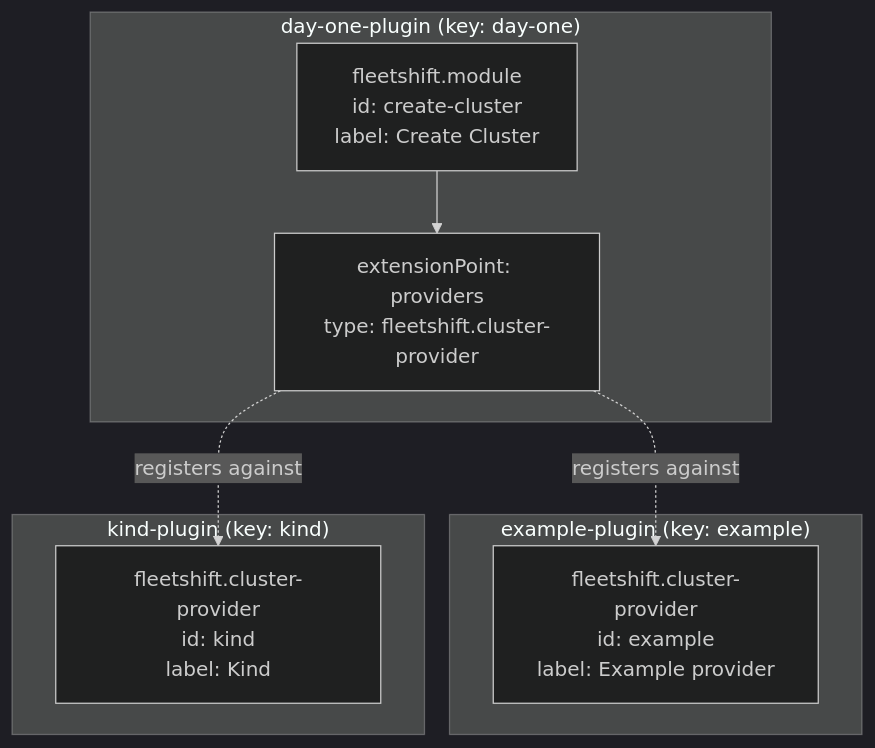
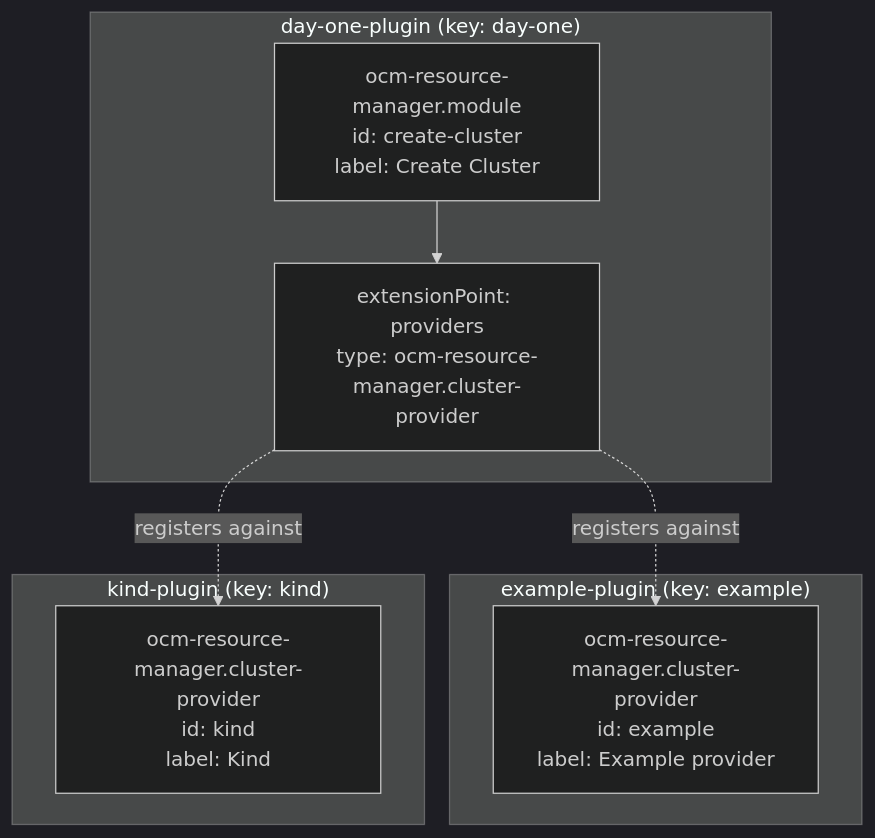
The first of 3 diagrams in docs/ui/feature-contracts.md (fleetshift/fleetshift-poc), drawn with Mermaid (dark theme) before and after one commit. The commit also changed other lines of this file and 1079 other files, not shown here.

Commit message:
Rename experimental OCM resource manager source and runtime identities

````diff
--- a/docs/ui/feature-contracts.md
+++ b/docs/ui/feature-contracts.md
@@ -139,19 +139,19 @@
 ```mermaid
 graph TD
     subgraph "day-one-plugin (key: day-one)"
-        F["fleetshift.module<br/>id: create-cluster<br/>label: Create Cluster"]
-        EP["extensionPoint: providers<br/>type: fleetshift.cluster-provider"]
+        F["ocm-resource-manager.module<br/>id: create-cluster<br/>label: Create Cluster"]
+        EP["extensionPoint: providers<br/>type: ocm-resource-manager.cluster-provider"]
         F --> EP
     end
 
     subgraph "example-plugin (key: example)"
-        E1["fleetshift.cluster-provider<br/>id: example<br/>label: Example provider"]
+        E1["ocm-resource-manager.cluster-provider<br/>id: example<br/>label: Example provider"]
     end
 
     subgraph "kind-plugin (key: kind)"
-        E2["fleetshift.cluster-provider<br/>id: kind<br/>label: Kind"]
+        E2["ocm-resource-manager.cluster-provider<br/>id: kind<br/>label: Kind"]
     end
 
     EP -.->|"registers against"| E1
     EP -.->|"registers against"| E2
 ```
````
